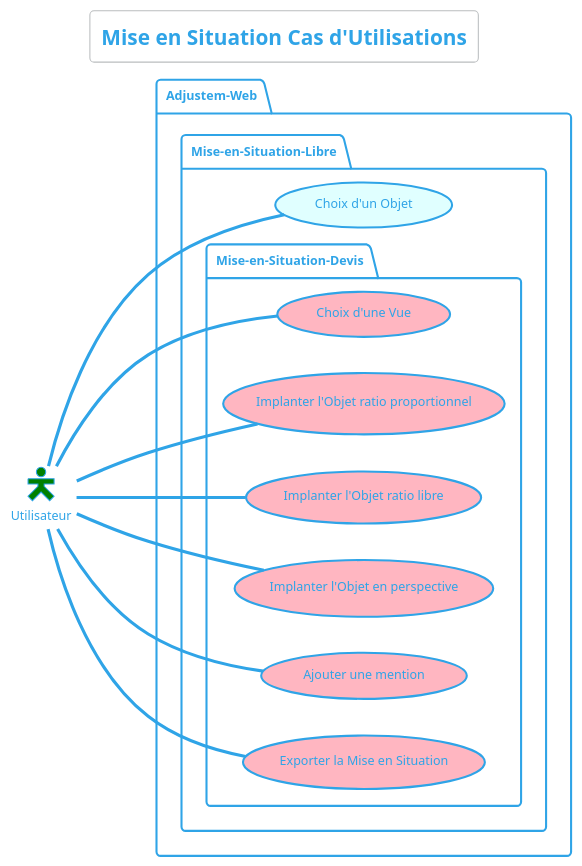
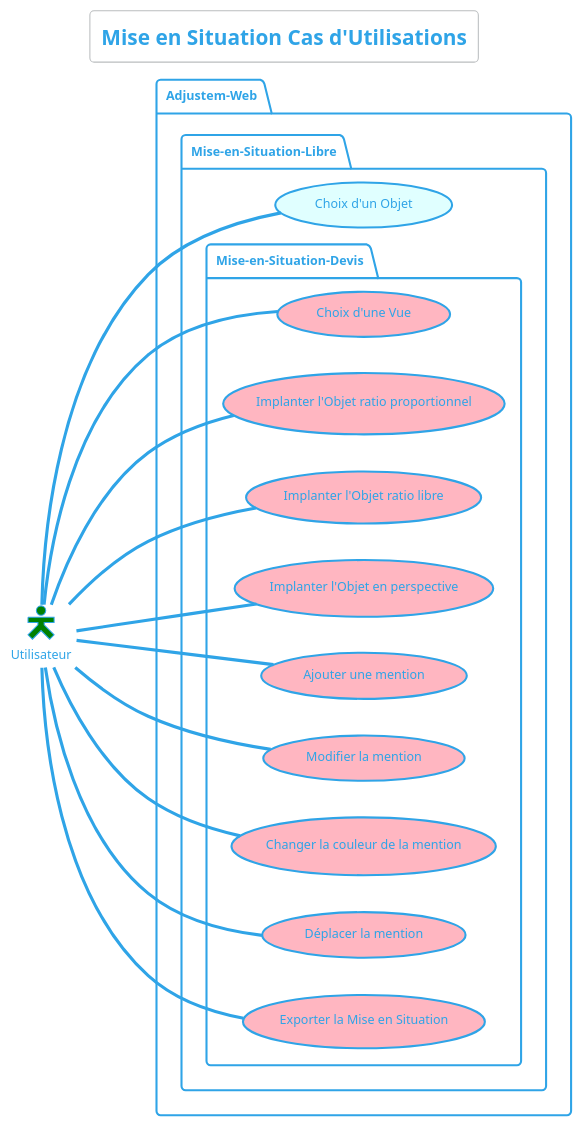
One commit to RegameyManuel/Rapport_Adjustem changed the diagram in Puml/1DCas_Utilisations_MeS.puml. Above: the diagram before and after it, drawn with PlantUML. The commit also changed 46 other files, not shown here.

```diff
--- a/Puml/1DCas_Utilisations_MeS.puml
+++ b/Puml/1DCas_Utilisations_MeS.puml
@@ -1,33 +1,40 @@
 @startuml Mise en Situation Cas d'Utilisations
 !theme cerulean-outline
 skinparam actorStyle hollow
 left to right direction
 title Mise en Situation Cas d'Utilisations
 
 :Utilisateur: as u #green
 
 package Adjustem-Web {
 
     package Mise-en-Situation-Libre {
         usecase "Choix d'un Objet" as UC1 #LightCyan
         package Mise-en-Situation-Devis  {
             usecase "Choix d'une Vue" as UC2 #LightPink
             usecase "Implanter l'Objet ratio proportionnel" as UC3 #LightPink
             usecase "Implanter l'Objet ratio libre" as UC4 #LightPink
             usecase "Implanter l'Objet en perspective" as UC5 #LightPink
             usecase "Ajouter une mention" as UC6 #LightPink
-            usecase "Exporter la Mise en Situation" as UC7 #LightPink
+            usecase "Modifier la mention" as UC7 #LightPink
+            usecase "Changer la couleur de la mention" as UC8 #LightPink
+            usecase "Déplacer la mention" as UC9 #LightPink
+            usecase "Exporter la Mise en Situation" as UC10 #LightPink
         }
     }
 }
 
 
+
+u --- UC1
+u --- UC2
 u --- UC3
 u --- UC4
 u --- UC5
 u --- UC6
 u --- UC7
-u --- UC1
-u --- UC2
+u --- UC8
+u --- UC9
+u --- UC10
 
 @enduml
```
